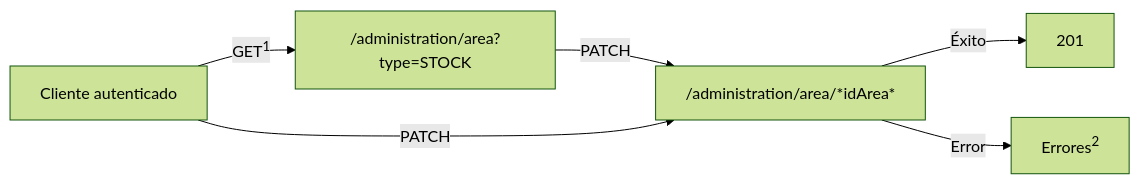
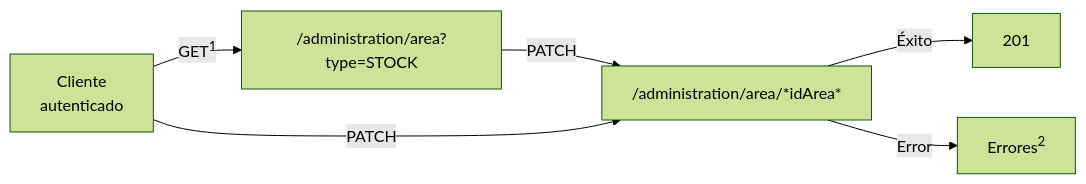
Before and after one commit to pedroifgonzalez/tecopos_api_doc: the second of 8 diagrams in docs/procesos/almacenes.md, drawn with Mermaid (forest theme). The commit also changed other lines of this file and 6 other files, not shown here.

````diff
--- a/docs/procesos/almacenes.md
+++ b/docs/procesos/almacenes.md
@@ -48,8 +53,9 @@
 ```mermaid
 flowchart LR
-	A[Cliente autenticado] -- GET<sup>1</sup> --> B[ /administration/area?type=STOCK]
+	A[Cliente
+	autenticado] -- GET<sup>1</sup> --> B[ /administration/area?type=STOCK]
 	B -- PATCH --> B1
 	A -- PATCH ---> B1[ /administration/area/*idArea*]
 	B1 -- Éxito --> C[201]
 	B1 -- Error --> D[Errores<sup>2</sup>]
 ```
````
